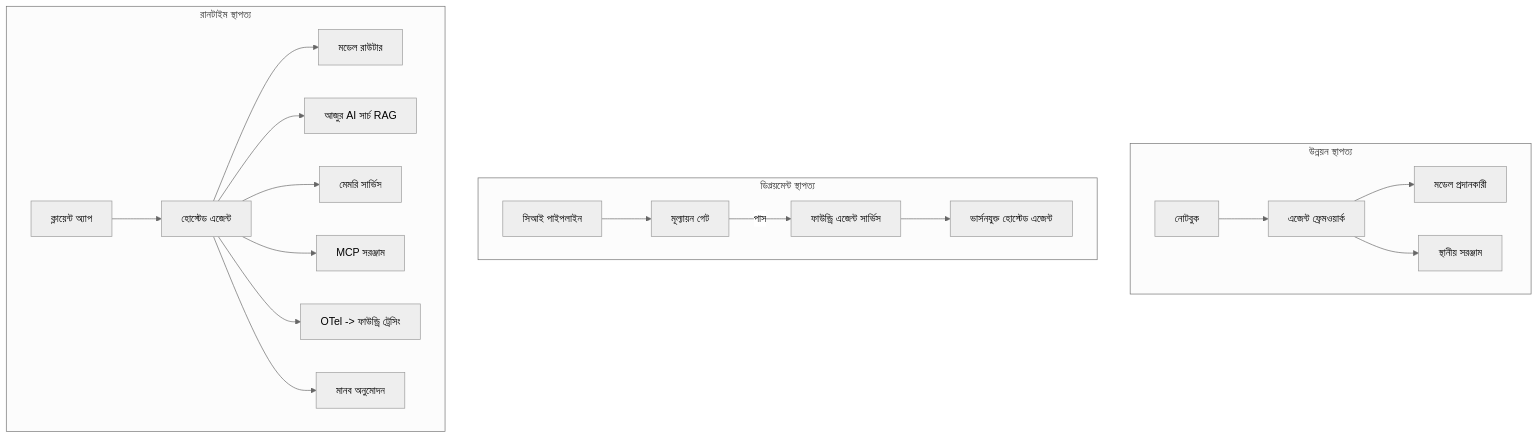
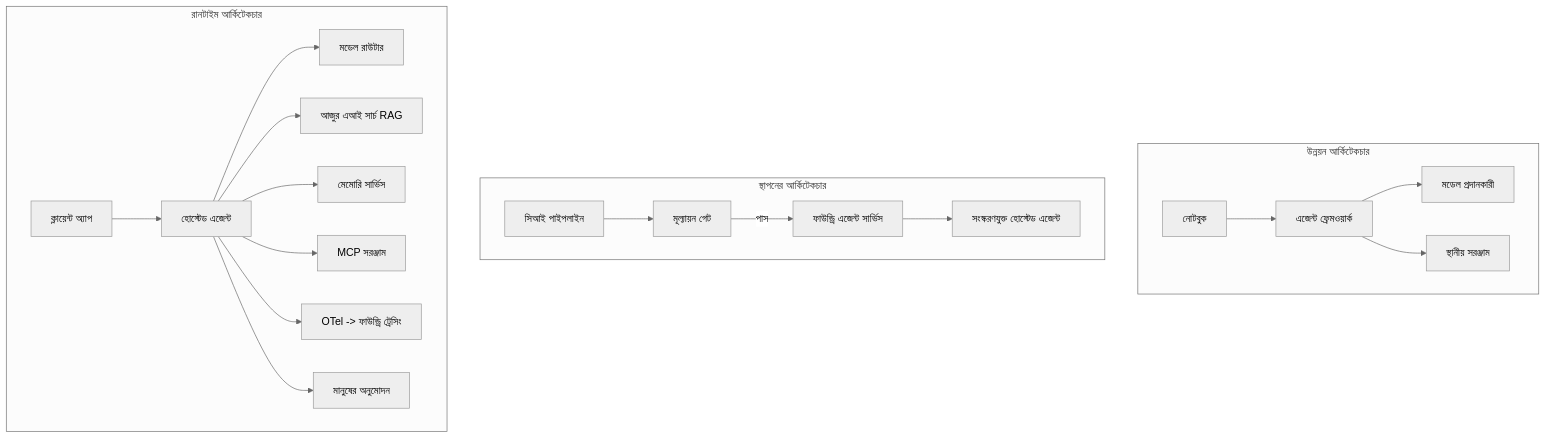
One commit to gabrielmoreira/agent-skills-mirror changed the fourth of 4 diagrams in mirrors/repos/microsoft@ai-agents-for-beginners/translations/bn/16-deploying-scalable-agents/README.md. Above: the diagram before and after it, drawn with Mermaid (neutral theme). The commit also changed other lines of this file and 3581 other files, not shown here.

````diff
--- a/mirrors/repos/microsoft@ai-agents-for-beginners/translations/bn/16-deploying-scalable-agents/README.md
+++ b/mirrors/repos/microsoft@ai-agents-for-beginners/translations/bn/16-deploying-scalable-agents/README.md
@@ -185,22 +185,22 @@
 ```mermaid
 flowchart TB
-    subgraph Dev[উন্নয়ন স্থাপত্য]
+    subgraph Dev[উন্নয়ন আর্কিটেকচার]
         D1[নোটবুক] --> D2[এজেন্ট ফ্রেমওয়ার্ক]
         D2 --> D3[মডেল প্রদানকারী]
         D2 --> D4[স্থানীয় সরঞ্জাম]
     end
-    subgraph Deploy[ডিপ্লয়মেন্ট স্থাপত্য]
+    subgraph Deploy[স্থাপনের আর্কিটেকচার]
         E1[সিআই পাইপলাইন] --> E2[মূল্যায়ন গেট]
         E2 -->|পাস| E3[ফাউন্ড্রি এজেন্ট সার্ভিস]
-        E3 --> E4[ভার্সনযুক্ত হোস্টেড এজেন্ট]
+        E3 --> E4[সংস্করণযুক্ত হোস্টেড এজেন্ট]
     end
-    subgraph Run[রানটাইম স্থাপত্য]
+    subgraph Run[রানটাইম আর্কিটেকচার]
         F1[ক্লায়েন্ট অ্যাপ] --> F2[হোস্টেড এজেন্ট]
         F2 --> F3[মডেল রাউটার]
-        F2 --> F4[আজুর AI সার্চ RAG]
-        F2 --> F5[মেমরি সার্ভিস]
+        F2 --> F4[আজুর এআই সার্চ RAG]
+        F2 --> F5[মেমোরি সার্ভিস]
         F2 --> F6[MCP সরঞ্জাম]
         F2 --> F7[OTel -> ফাউন্ড্রি ট্রেসিং]
-        F2 --> F8[মানব অনুমোদন]
+        F2 --> F8[মানুষের অনুমোদন]
     end
 ```
````
